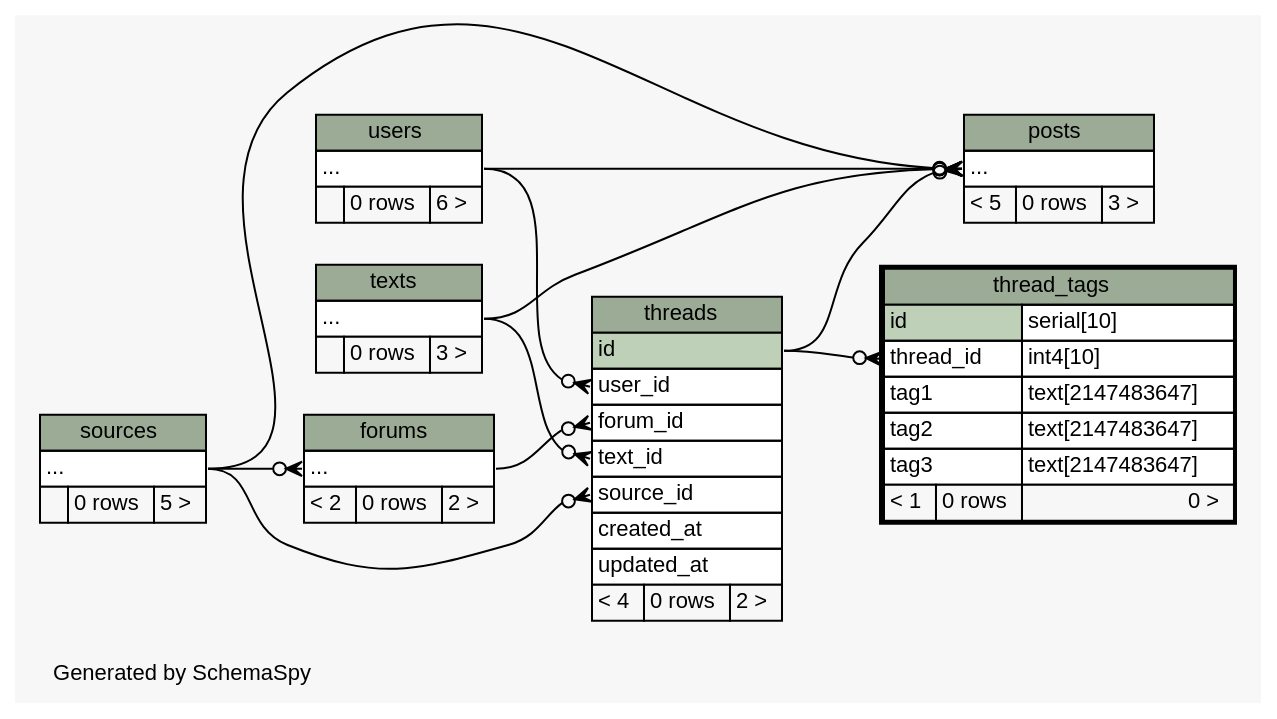
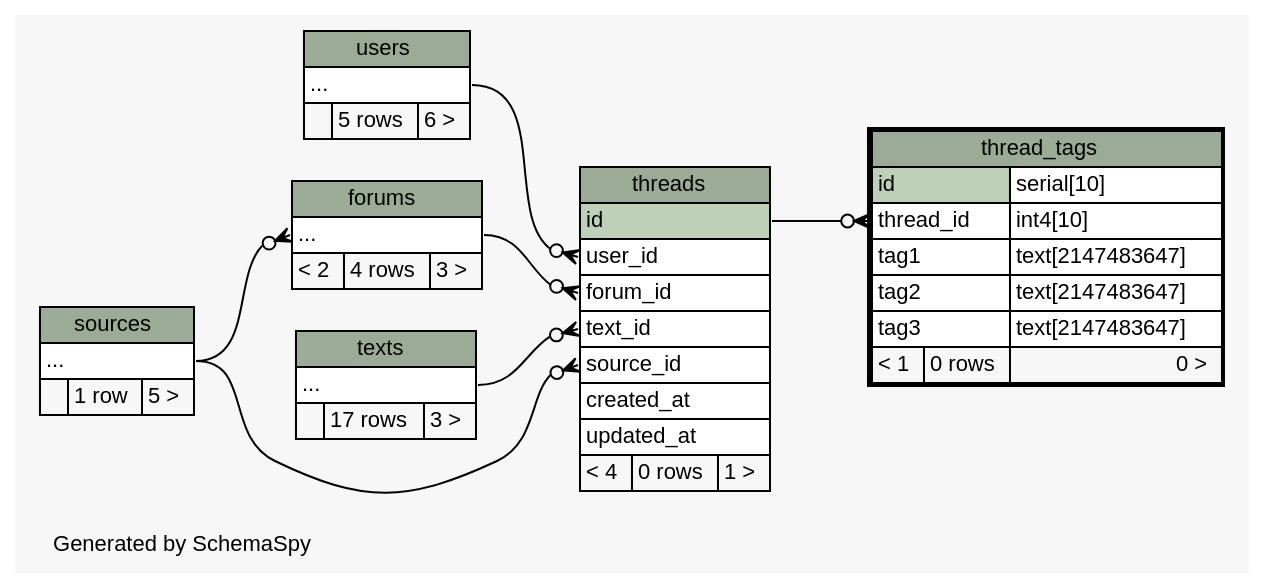
One commit to ryanaustincarlson/moocdb changed the diagram in schema/oltp/diagrams/thread_tags.2degrees.dot. Above: the diagram before and after it, drawn with Graphviz. The commit also changed 77 other files, not shown here.

Commit message:
updated oltp schema

```diff
--- a/schema/oltp/diagrams/thread_tags.2degrees.dot
+++ b/schema/oltp/diagrams/thread_tags.2degrees.dot
@@ -1,112 +1,98 @@
-// dot 2.34.0 on Mac OS X 10.8.3
+// dot 2.32.0 on Mac OS X 10.8.5
 // SchemaSpy rev 590
 digraph "twoDegreesRelationshipsDiagram" {
   graph [
     rankdir="RL"
     bgcolor="#f7f7f7"
     label="\nGenerated by SchemaSpy"
     labeljust="l"
     nodesep="0.18"
     ranksep="0.46"
     fontname="Helvetica"
     fontsize="11"
   ];
   node [
     fontname="Helvetica"
     fontsize="11"
     shape="plaintext"
   ];
   edge [
     arrowsize="0.8"
   ];
   "forums":"elipses":w -> "sources":"elipses":e [arrowhead=none dir=back arrowtail=crowodot];
-  "posts":"elipses":w -> "users":"elipses":e [arrowhead=none dir=back arrowtail=crowodot];
-  "posts":"elipses":w -> "sources":"elipses":e [arrowhead=none dir=back arrowtail=crowodot];
-  "posts":"elipses":w -> "texts":"elipses":e [arrowhead=none dir=back arrowtail=crowodot];
-  "posts":"elipses":w -> "threads":"id":e [arrowhead=none dir=back arrowtail=crowodot];
   "thread_tags":"thread_id":w -> "threads":"id":e [arrowhead=none dir=back arrowtail=crowodot];
   "threads":"forum_id":w -> "forums":"elipses":e [arrowhead=none dir=back arrowtail=crowodot];
   "threads":"source_id":w -> "sources":"elipses":e [arrowhead=none dir=back arrowtail=crowodot];
   "threads":"text_id":w -> "texts":"elipses":e [arrowhead=none dir=back arrowtail=crowodot];
   "threads":"user_id":w -> "users":"elipses":e [arrowhead=none dir=back arrowtail=crowodot];
   "forums" [
     label=<
     <TABLE BORDER="0" CELLBORDER="1" CELLSPACING="0" BGCOLOR="#ffffff">
       <TR><TD COLSPAN="3" BGCOLOR="#9bab96" ALIGN="CENTER">forums</TD></TR>
       <TR><TD PORT="elipses" COLSPAN="3" ALIGN="LEFT">...</TD></TR>
-      <TR><TD ALIGN="LEFT" BGCOLOR="#f7f7f7">&lt; 2</TD><TD ALIGN="RIGHT" BGCOLOR="#f7f7f7">0 rows</TD><TD ALIGN="RIGHT" BGCOLOR="#f7f7f7">2 &gt;</TD></TR>
+      <TR><TD ALIGN="LEFT" BGCOLOR="#f7f7f7">&lt; 2</TD><TD ALIGN="RIGHT" BGCOLOR="#f7f7f7">4 rows</TD><TD ALIGN="RIGHT" BGCOLOR="#f7f7f7">3 &gt;</TD></TR>
     </TABLE>>
     URL="forums.html"
     tooltip="forums"
-  ];
-  "posts" [
-    label=<
-    <TABLE BORDER="0" CELLBORDER="1" CELLSPACING="0" BGCOLOR="#ffffff">
-      <TR><TD COLSPAN="3" BGCOLOR="#9bab96" ALIGN="CENTER">posts</TD></TR>
-      <TR><TD PORT="elipses" COLSPAN="3" ALIGN="LEFT">...</TD></TR>
-      <TR><TD ALIGN="LEFT" BGCOLOR="#f7f7f7">&lt; 5</TD><TD ALIGN="RIGHT" BGCOLOR="#f7f7f7">0 rows</TD><TD ALIGN="RIGHT" BGCOLOR="#f7f7f7">3 &gt;</TD></TR>
-    </TABLE>>
-    URL="posts.html"
-    tooltip="posts"
   ];
   "sources" [
     label=<
     <TABLE BORDER="0" CELLBORDER="1" CELLSPACING="0" BGCOLOR="#ffffff">
       <TR><TD COLSPAN="3" BGCOLOR="#9bab96" ALIGN="CENTER">sources</TD></TR>
       <TR><TD PORT="elipses" COLSPAN="3" ALIGN="LEFT">...</TD></TR>
-      <TR><TD ALIGN="LEFT" BGCOLOR="#f7f7f7">  </TD><TD ALIGN="RIGHT" BGCOLOR="#f7f7f7">0 rows</TD><TD ALIGN="RIGHT" BGCOLOR="#f7f7f7">5 &gt;</TD></TR>
+      <TR><TD ALIGN="LEFT" BGCOLOR="#f7f7f7">  </TD><TD ALIGN="RIGHT" BGCOLOR="#f7f7f7">1 row</TD><TD ALIGN="RIGHT" BGCOLOR="#f7f7f7">5 &gt;</TD></TR>
     </TABLE>>
     URL="sources.html"
     tooltip="sources"
   ];
   "texts" [
     label=<
     <TABLE BORDER="0" CELLBORDER="1" CELLSPACING="0" BGCOLOR="#ffffff">
       <TR><TD COLSPAN="3" BGCOLOR="#9bab96" ALIGN="CENTER">texts</TD></TR>
       <TR><TD PORT="elipses" COLSPAN="3" ALIGN="LEFT">...</TD></TR>
-      <TR><TD ALIGN="LEFT" BGCOLOR="#f7f7f7">  </TD><TD ALIGN="RIGHT" BGCOLOR="#f7f7f7">0 rows</TD><TD ALIGN="RIGHT" BGCOLOR="#f7f7f7">3 &gt;</TD></TR>
+      <TR><TD ALIGN="LEFT" BGCOLOR="#f7f7f7">  </TD><TD ALIGN="RIGHT" BGCOLOR="#f7f7f7">17 rows</TD><TD ALIGN="RIGHT" BGCOLOR="#f7f7f7">3 &gt;</TD></TR>
     </TABLE>>
     URL="texts.html"
     tooltip="texts"
   ];
   "thread_tags" [
     label=<
     <TABLE BORDER="2" CELLBORDER="1" CELLSPACING="0" BGCOLOR="#ffffff">
       <TR><TD COLSPAN="3" BGCOLOR="#9bab96" ALIGN="CENTER">thread_tags</TD></TR>
       <TR><TD PORT="id" COLSPAN="2" BGCOLOR="#bed1b8" ALIGN="LEFT">id</TD><TD PORT="id.type" ALIGN="LEFT">serial[10]</TD></TR>
       <TR><TD PORT="thread_id" COLSPAN="2" ALIGN="LEFT">thread_id</TD><TD PORT="thread_id.type" ALIGN="LEFT">int4[10]</TD></TR>
       <TR><TD PORT="tag1" COLSPAN="2" ALIGN="LEFT">tag1</TD><TD PORT="tag1.type" ALIGN="LEFT">text[2147483647]</TD></TR>
       <TR><TD PORT="tag2" COLSPAN="2" ALIGN="LEFT">tag2</TD><TD PORT="tag2.type" ALIGN="LEFT">text[2147483647]</TD></TR>
       <TR><TD PORT="tag3" COLSPAN="2" ALIGN="LEFT">tag3</TD><TD PORT="tag3.type" ALIGN="LEFT">text[2147483647]</TD></TR>
       <TR><TD ALIGN="LEFT" BGCOLOR="#f7f7f7">&lt; 1</TD><TD ALIGN="RIGHT" BGCOLOR="#f7f7f7">0 rows</TD><TD ALIGN="RIGHT" BGCOLOR="#f7f7f7">0 &gt;</TD></TR>
     </TABLE>>
     URL="thread_tags.html"
     tooltip="thread_tags"
   ];
   "threads" [
     label=<
     <TABLE BORDER="0" CELLBORDER="1" CELLSPACING="0" BGCOLOR="#ffffff">
       <TR><TD COLSPAN="3" BGCOLOR="#9bab96" ALIGN="CENTER">threads</TD></TR>
       <TR><TD PORT="id" COLSPAN="3" BGCOLOR="#bed1b8" ALIGN="LEFT">id</TD></TR>
       <TR><TD PORT="user_id" COLSPAN="3" ALIGN="LEFT">user_id</TD></TR>
       <TR><TD PORT="forum_id" COLSPAN="3" ALIGN="LEFT">forum_id</TD></TR>
       <TR><TD PORT="text_id" COLSPAN="3" ALIGN="LEFT">text_id</TD></TR>
       <TR><TD PORT="source_id" COLSPAN="3" ALIGN="LEFT">source_id</TD></TR>
       <TR><TD PORT="created_at" COLSPAN="3" ALIGN="LEFT">created_at</TD></TR>
       <TR><TD PORT="updated_at" COLSPAN="3" ALIGN="LEFT">updated_at</TD></TR>
-      <TR><TD ALIGN="LEFT" BGCOLOR="#f7f7f7">&lt; 4</TD><TD ALIGN="RIGHT" BGCOLOR="#f7f7f7">0 rows</TD><TD ALIGN="RIGHT" BGCOLOR="#f7f7f7">2 &gt;</TD></TR>
+      <TR><TD ALIGN="LEFT" BGCOLOR="#f7f7f7">&lt; 4</TD><TD ALIGN="RIGHT" BGCOLOR="#f7f7f7">0 rows</TD><TD ALIGN="RIGHT" BGCOLOR="#f7f7f7">1 &gt;</TD></TR>
     </TABLE>>
     URL="threads.html"
     tooltip="threads"
   ];
   "users" [
     label=<
     <TABLE BORDER="0" CELLBORDER="1" CELLSPACING="0" BGCOLOR="#ffffff">
       <TR><TD COLSPAN="3" BGCOLOR="#9bab96" ALIGN="CENTER">users</TD></TR>
       <TR><TD PORT="elipses" COLSPAN="3" ALIGN="LEFT">...</TD></TR>
-      <TR><TD ALIGN="LEFT" BGCOLOR="#f7f7f7">  </TD><TD ALIGN="RIGHT" BGCOLOR="#f7f7f7">0 rows</TD><TD ALIGN="RIGHT" BGCOLOR="#f7f7f7">6 &gt;</TD></TR>
+      <TR><TD ALIGN="LEFT" BGCOLOR="#f7f7f7">  </TD><TD ALIGN="RIGHT" BGCOLOR="#f7f7f7">5 rows</TD><TD ALIGN="RIGHT" BGCOLOR="#f7f7f7">6 &gt;</TD></TR>
     </TABLE>>
     URL="users.html"
     tooltip="users"
   ];
 }
```
